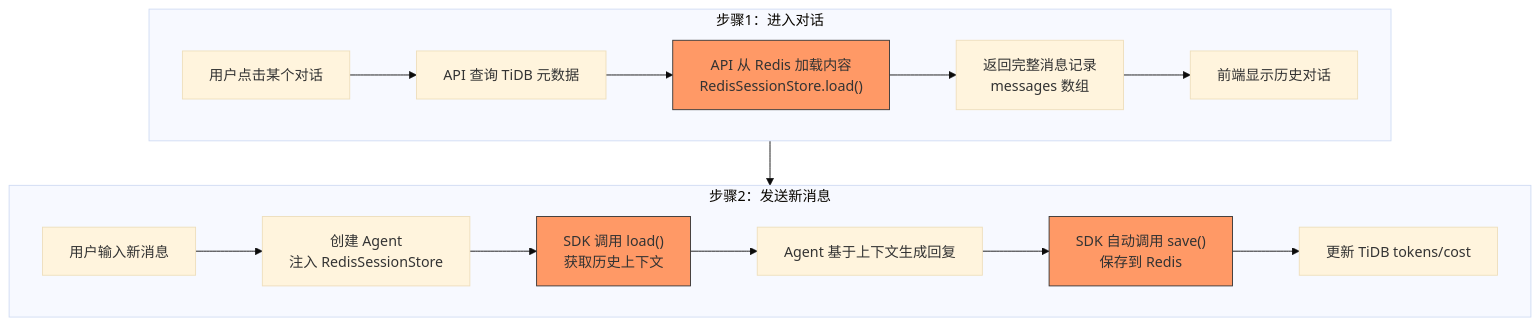
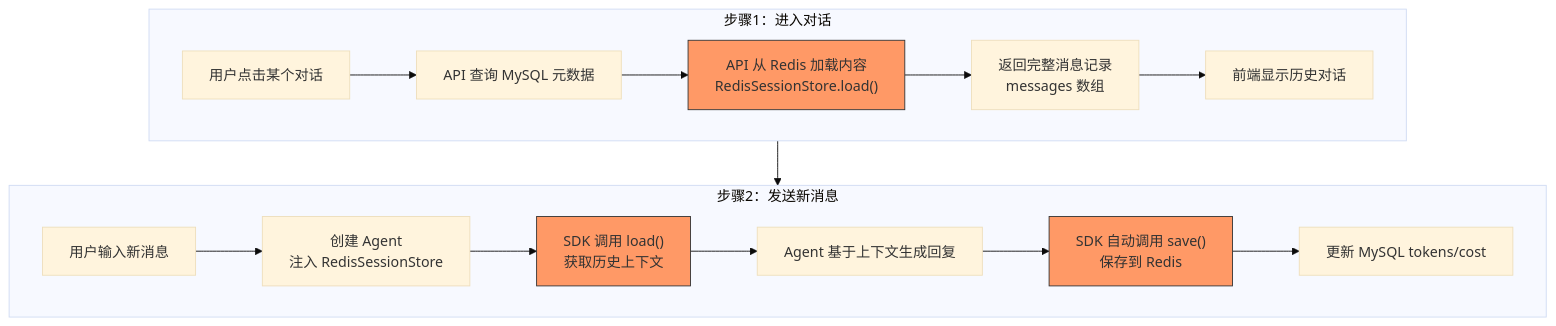
One commit to xiaocaipi/mm-doc changed diagram 14 of 27 in agent/agent_project_design_1.md. Above: the diagram before and after it, drawn with Mermaid (base theme). The commit also changed other lines of this file and 1 other file, not shown here.

````diff
--- a/agent/agent_project_design_1.md
+++ b/agent/agent_project_design_1.md
@@ -673,23 +705,23 @@
 ```mermaid
 flowchart TD
     subgraph STEP1["步骤1：进入对话"]
-        A1["用户点击某个对话"] --> A2["API 查询 TiDB 元数据"]
+        A1["用户点击某个对话"] --> A2["API 查询 MySQL 元数据"]
         A2 --> A3["API 从 Redis 加载内容<br/>RedisSessionStore.load()"]
         A3 --> A4["返回完整消息记录<br/>messages 数组"]
         A4 --> A5["前端显示历史对话"]
     end
     
     subgraph STEP2["步骤2：发送新消息"]
         B1["用户输入新消息"] --> B2["创建 Agent<br/>注入 RedisSessionStore"]
         B2 --> B3["SDK 调用 load()<br/>获取历史上下文"]
         B3 --> B4["Agent 基于上下文生成回复"]
         B4 --> B5["SDK 自动调用 save()<br/>保存到 Redis"]
-        B5 --> B6["更新 TiDB tokens/cost"]
+        B5 --> B6["更新 MySQL tokens/cost"]
     end
     
     STEP1 --> STEP2
     
     style A3 fill:#f96,stroke:#333
     style B3 fill:#f96,stroke:#333
     style B5 fill:#f96,stroke:#333
 ```
````
